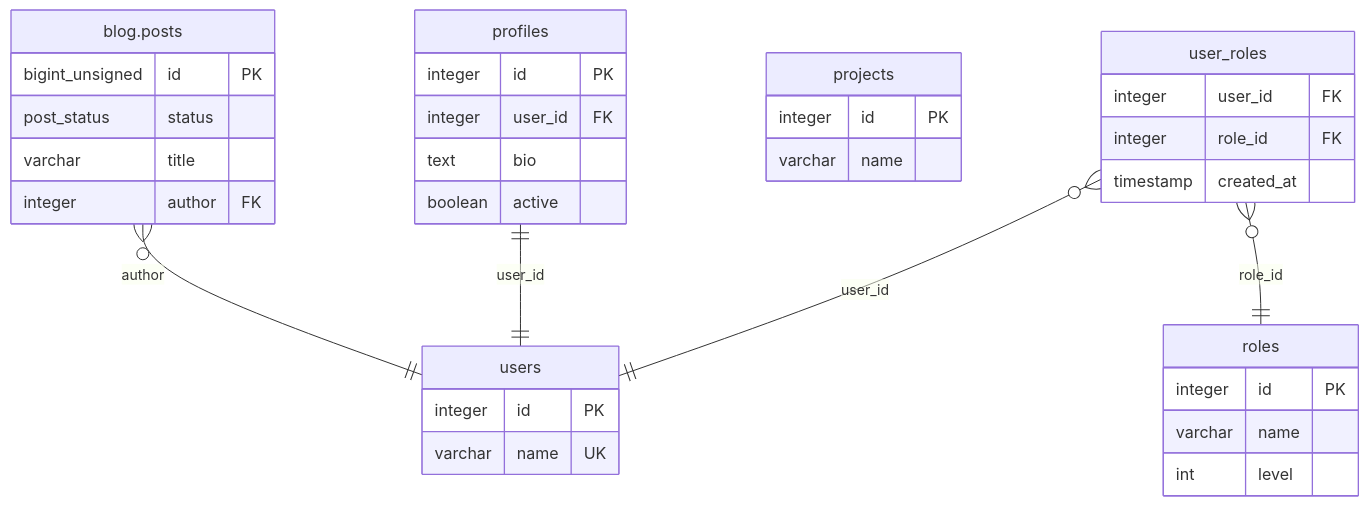
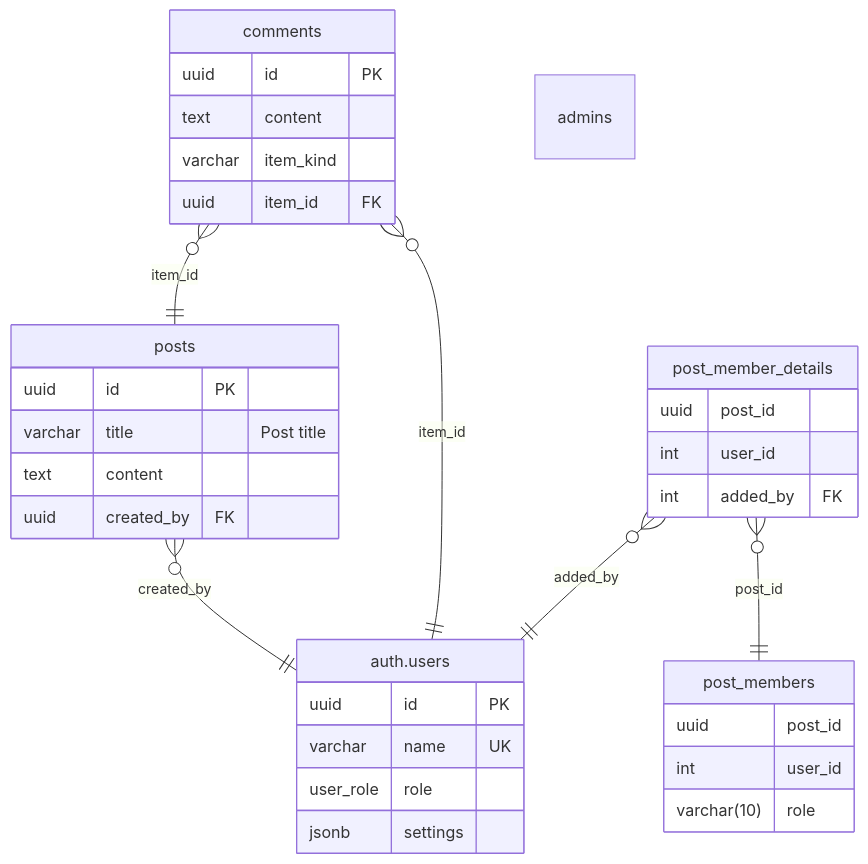
Before and after one commit to azimuttapp/azimutt: the diagram in libs/aml/resources/complex.md, drawn with Mermaid. The commit also changed other lines of this file and 11 other files, not shown here.

Commit message:
Update complex schema in AML lib

````diff
--- a/libs/aml/resources/complex.md
+++ b/libs/aml/resources/complex.md
@@ -76,42 +89,42 @@
 ```mermaid
 erDiagram
-    "blog.posts" {
-        bigint_unsigned id PK
-        post_status status
-        varchar title
-        integer author FK
-    }
-    "blog.posts" }o--|| users : author
-
-    users {
-        integer id PK
+    "auth.users" {
+        uuid id PK
         varchar name UK
+        user_role role
+        jsonb settings
     }
 
-    profiles {
-        integer id PK
-        integer user_id FK
-        text bio
-        boolean active
+    posts {
+        uuid id PK
+        varchar title "Post title"
+        text content
+        uuid created_by FK
     }
-    profiles ||--|| users : user_id
+    posts }o--|| "auth.users" : created_by
 
-    projects {
-        integer id PK
-        varchar name
+    comments {
+        uuid id PK
+        text content
+        varchar item_kind
+        uuid item_id FK
+    }
+    comments }o--|| "auth.users" : item_id
+    comments }o--|| posts : item_id
+
+    post_members {
+        uuid post_id
+        int user_id
+        varchar(10) role
     }
 
-    roles {
-        integer id PK
-        varchar name
-        int level
+    post_member_details {
+        uuid post_id
+        int user_id
+        int added_by FK
     }
+    post_member_details }o--|| "auth.users" : added_by
+    post_member_details }o--|| post_members : post_id
 
-    user_roles {
-        integer user_id FK
-        integer role_id FK
-        timestamp created_at
-    }
-    user_roles }o--|| users : user_id
-    user_roles }o--|| roles : role_id
+    admins
 ```
````
